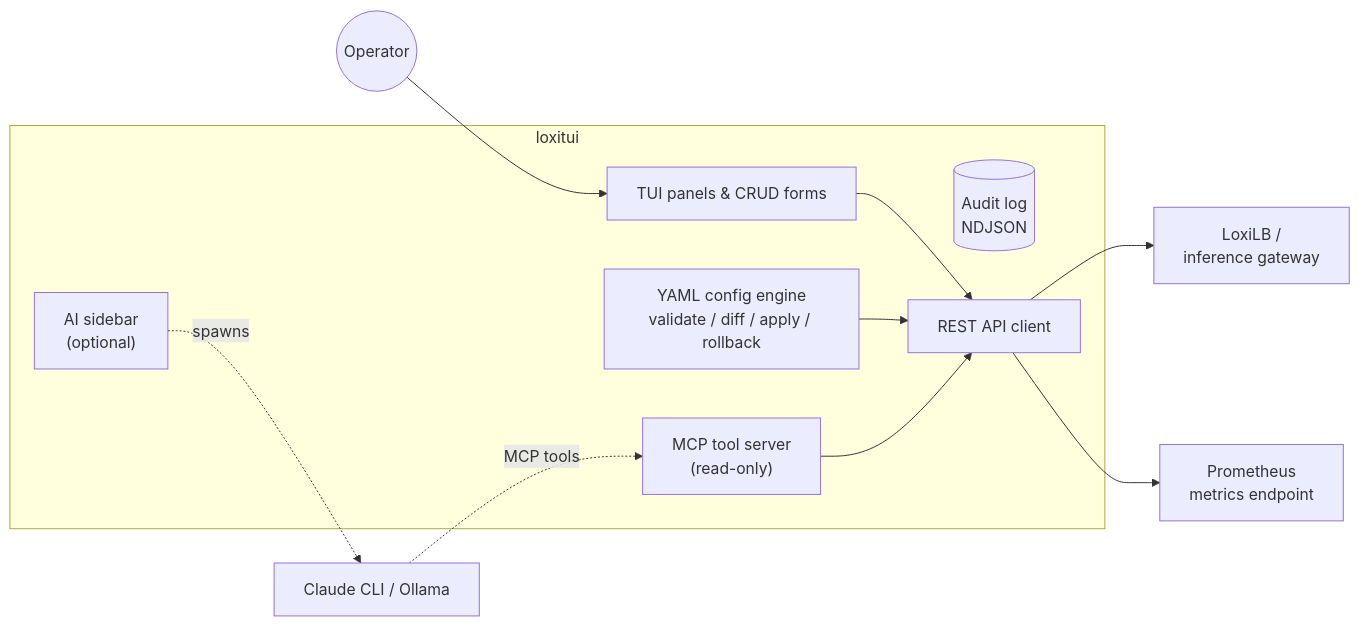
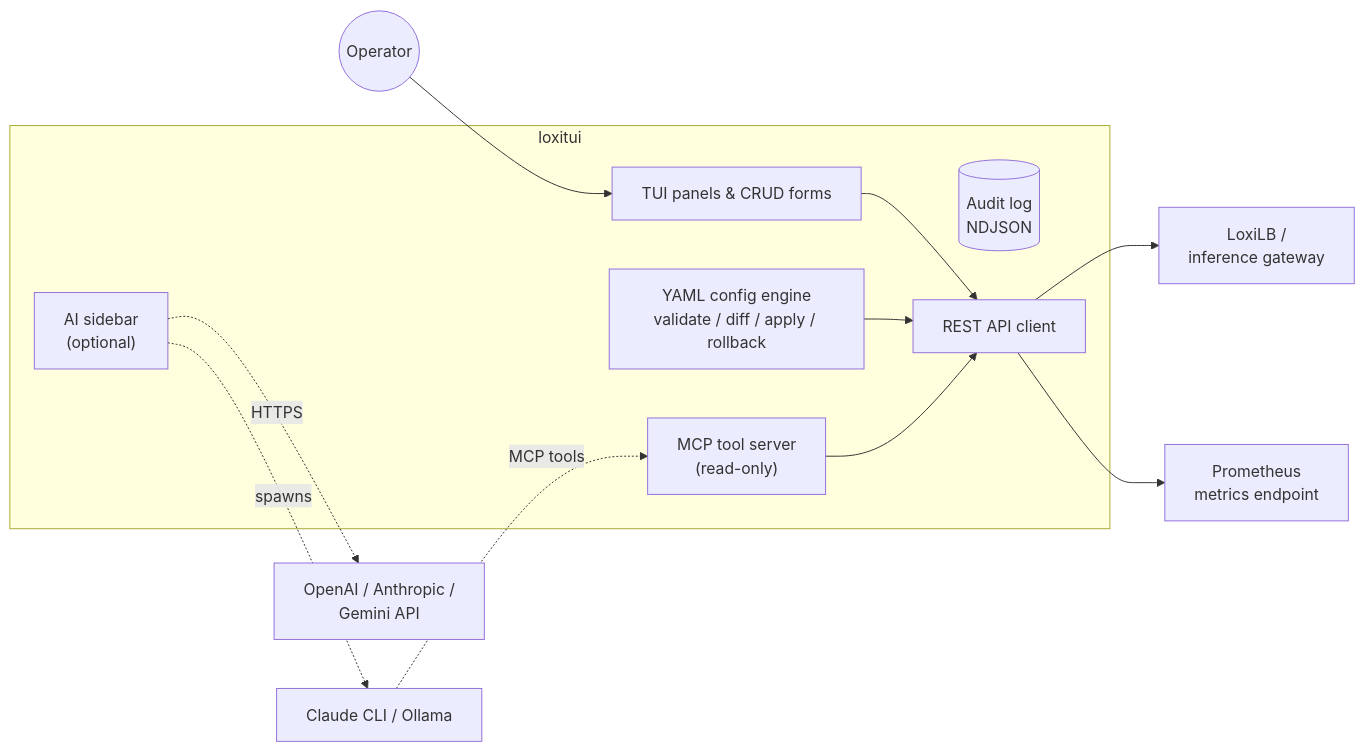
One commit to loxilb-io/loxitui changed the diagram in README.md. Above: the diagram before and after it, drawn with Mermaid. The commit also changed other lines of this file and 5 other files, not shown here.

First line of the commit message:
docs: describe the openai, anthropic and gemini providers

````diff
--- a/README.md
+++ b/README.md
@@ -14,22 +14,23 @@
 ```mermaid
 flowchart LR
   op((Operator)) --> tui
 
   subgraph loxitui
     tui["TUI panels & CRUD forms"]
     yaml["YAML config engine<br/>validate / diff / apply / rollback"]
     mcp["MCP tool server<br/>(read-only)"]
     ai["AI sidebar<br/>(optional)"]
     audit[("Audit log<br/>NDJSON")]
     client["REST API client"]
   end
 
   tui --> client
   yaml --> client
   mcp --> client
   ai -. "spawns" .-> llm["Claude CLI / Ollama"]
+  ai -. "HTTPS" .-> api["OpenAI / Anthropic /<br/>Gemini API"]
   llm -. "MCP tools" .-> mcp
 
   client --> lb["LoxiLB /<br/>inference gateway"]
   client --> prom["Prometheus<br/>metrics endpoint"]
 ```
````
